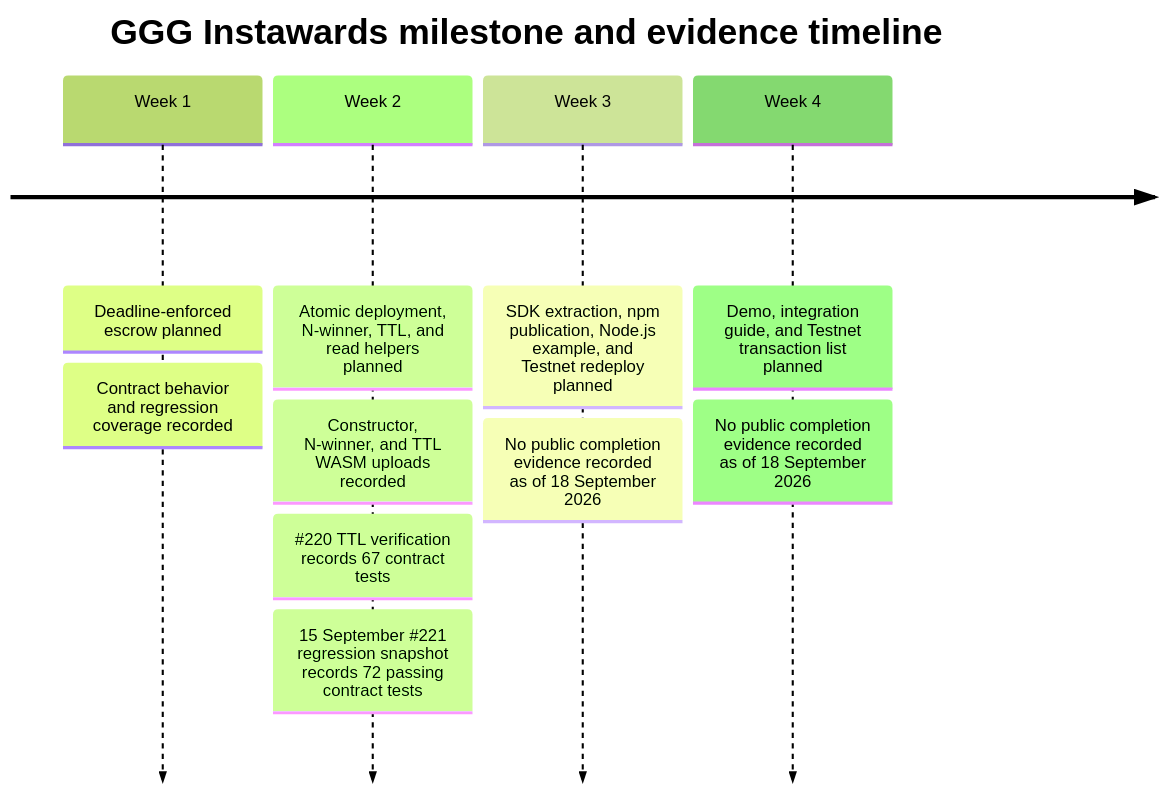
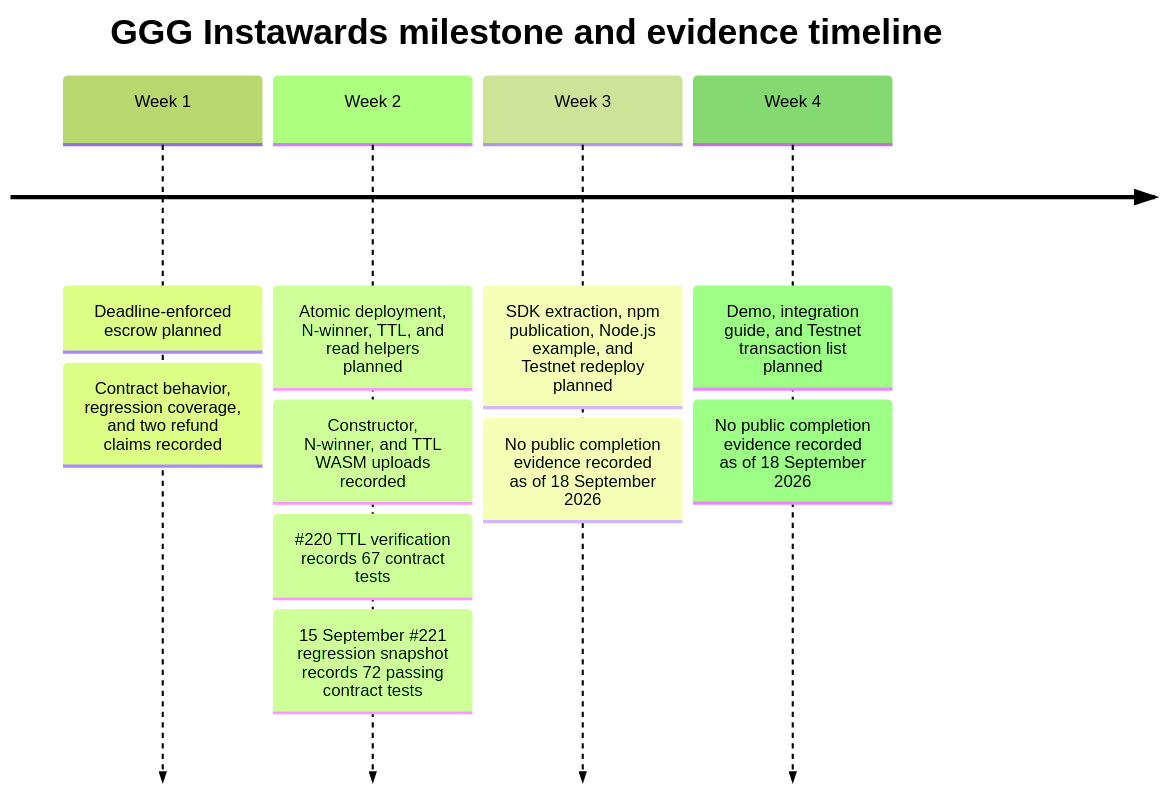
One commit to artisam-ggg/ggg changed the diagram in docs/gitbook/reference/milestone-timeline.md. Above: the diagram before and after it, drawn with Mermaid (forest theme). The commit also changed other lines of this file and 6 other files, not shown here.

````diff
--- a/docs/gitbook/reference/milestone-timeline.md
+++ b/docs/gitbook/reference/milestone-timeline.md
@@ -5,14 +5,14 @@
 ```mermaid
 timeline
     title GGG Instawards milestone and evidence timeline
     Week 1 : Deadline-enforced escrow planned
-           : Contract behavior and regression coverage recorded
+           : Contract behavior, regression coverage, and two refund claims recorded
     Week 2 : Atomic deployment, N-winner, TTL, and read helpers planned
            : Constructor, N-winner, and TTL WASM uploads recorded
            : #220 TTL verification records 67 contract tests
            : 15 September #221 regression snapshot records 72 passing contract tests
     Week 3 : SDK extraction, npm publication, Node.js example, and Testnet redeploy planned
            : No public completion evidence recorded as of 18 September 2026
     Week 4 : Demo, integration guide, and Testnet transaction list planned
            : No public completion evidence recorded as of 18 September 2026
 ```
````
